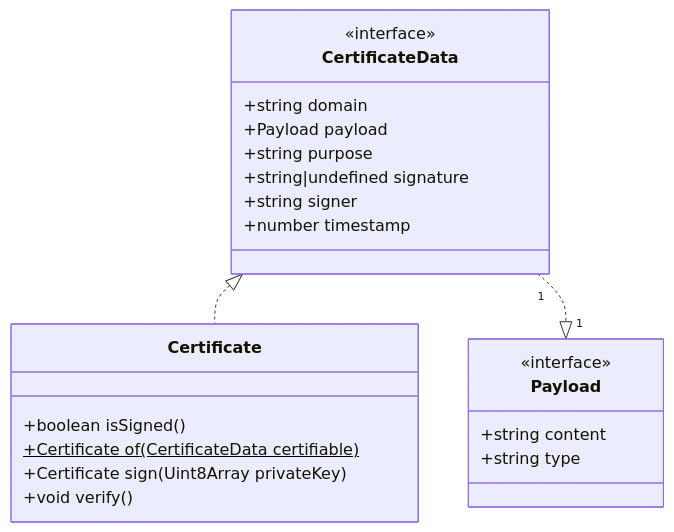
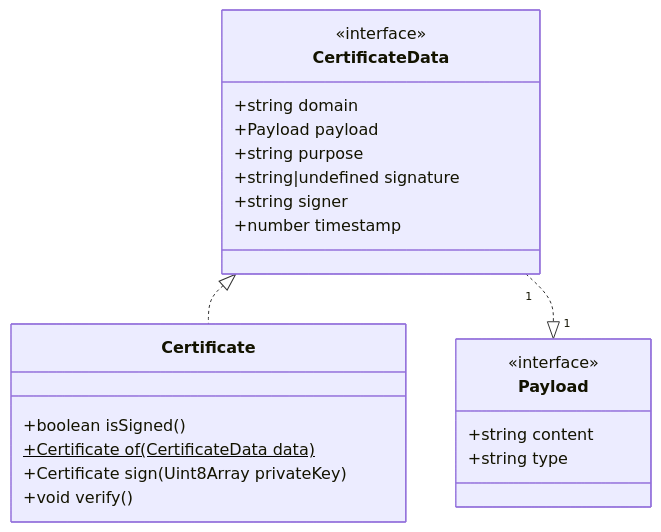
The diagram in docs/diagrams/architecture/certificate.md (vechain/vechain-sdk-js), drawn with Mermaid before and after one commit. The commit also changed 2 other files, not shown here.

Commit message:
feat: 1119 Certificate in debug...

````diff
--- a/docs/diagrams/architecture/certificate.md
+++ b/docs/diagrams/architecture/certificate.md
@@ -1,25 +1,25 @@
 ```mermaid
 classDiagram
     class Certificate {
         +boolean isSigned()
-        +Certificate of(CertificateData certifiable)$
+        +Certificate of(CertificateData data)$
         +Certificate sign(Uint8Array privateKey)
         +void verify()
     }
     class CertificateData {
         <<interface>>
         +string domain
         +Payload payload
         +string purpose
         +string|undefined signature
         +string signer
         +number timestamp
     }
     class Payload {
         <<interface>>
         +string content
         +string type
     }
     CertificateData <|.. Certificate
     CertificateData "1" ..|> "1" Payload 
 ```
````
